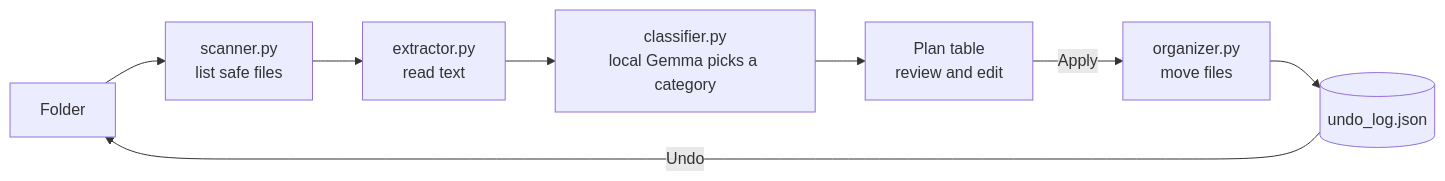
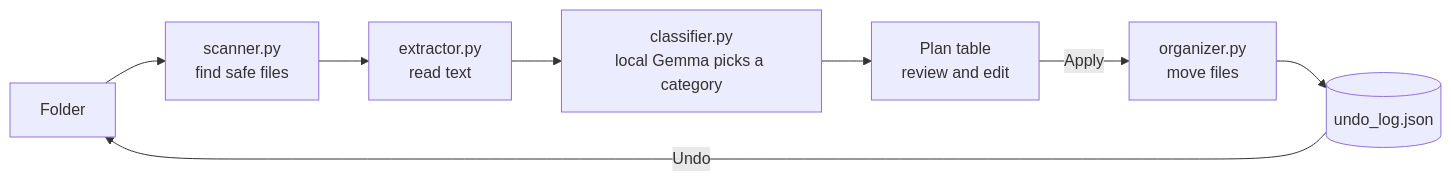
Before and after one commit to mauryasagar/ai-file-organizer: the first of 2 diagrams in README.md, drawn with Mermaid. The commit also changed other lines of this file, not shown here.

````diff
--- a/README.md
+++ b/README.md
@@ -16,10 +55,10 @@
 ```mermaid
 flowchart LR
-    A[Folder] --> B[scanner.py<br/>list safe files]
+    A[Folder] --> B[scanner.py<br/>find safe files]
     B --> C[extractor.py<br/>read text]
     C --> D[classifier.py<br/>local Gemma picks a category]
     D --> E[Plan table<br/>review and edit]
     E -->|Apply| F[organizer.py<br/>move files]
     F --> G[(undo_log.json)]
     G -->|Undo| A
 ```
````
